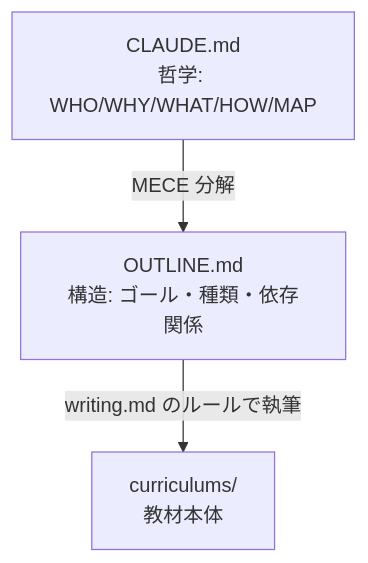
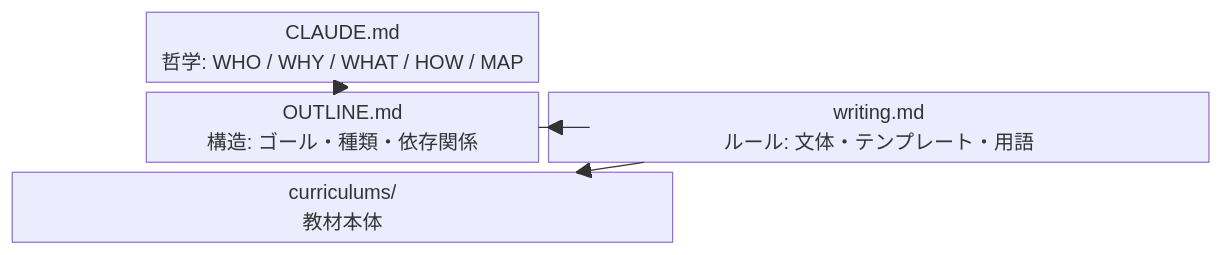
Before and after one commit to yotaro0616/curriculum-writer: the second of 3 diagrams in README.md, drawn with Mermaid.

Commit message:
README の設計思想図をピラミッド型に変更
block-beta でピラミッド構造を表現し、
上（抽象）から下（具体）へ幅が広がる形に。

````diff
--- a/README.md
+++ b/README.md
@@ -75,5 +75,13 @@
 ```mermaid
-flowchart TD
-    A["CLAUDE.md\n哲学: WHO/WHY/WHAT/HOW/MAP"] -->|MECE 分解| B["OUTLINE.md\n構造: ゴール・種類・依存関係"]
-    B -->|writing.md のルールで執筆| C["curriculums/\n教材本体"]
+block-beta
+    columns 5
+
+    space A["CLAUDE.md\n哲学: WHO / WHY / WHAT / HOW / MAP"]:3 space
+    space:1 B["OUTLINE.md\n構造: ゴール・種類・依存関係"]:3 space:0
+    C["writing.md\nルール: 文体・テンプレート・用語"]:5
+    D["curriculums/\n教材本体"]:5
+
+    A --> B
+    B --> C
+    C --> D
 ```
````
